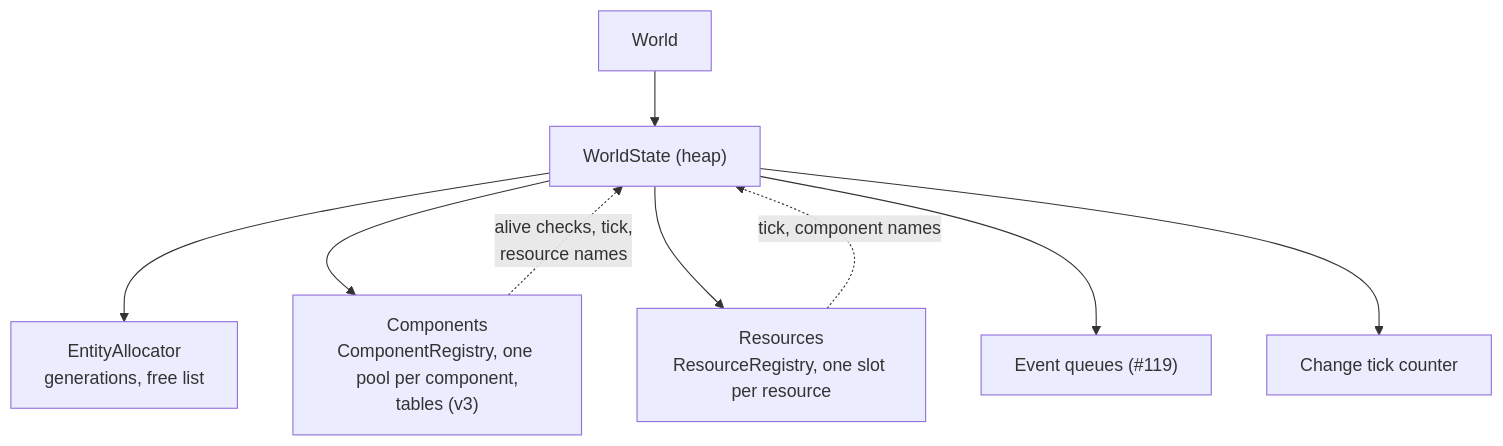
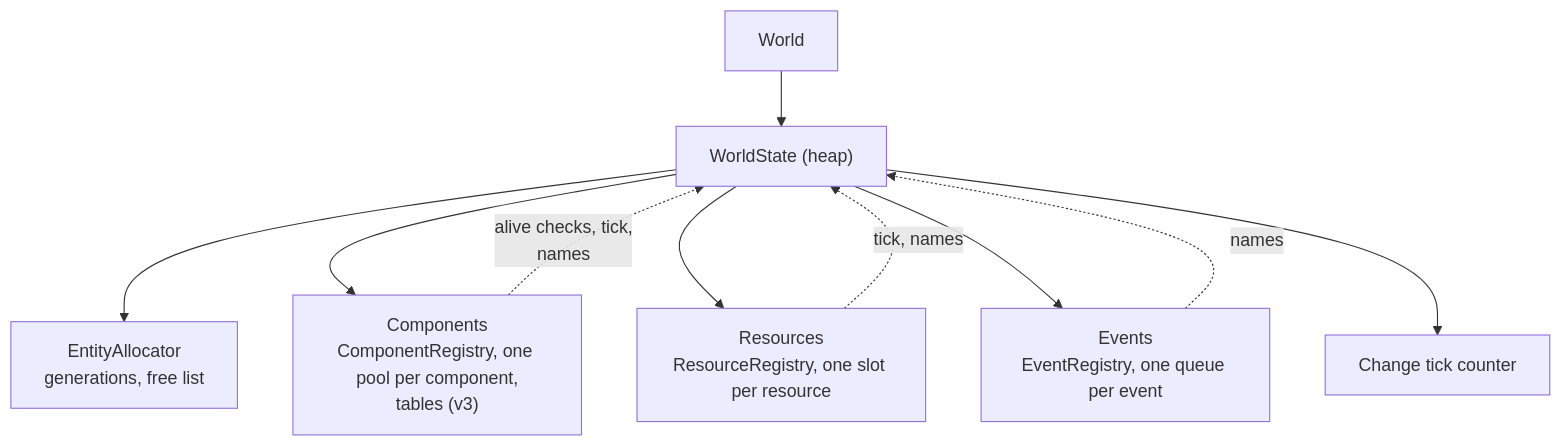
The diagram in docs/ecs/features/06-world.md (Charles-Mahoudeau/rtype), drawn with Mermaid before and after one commit. The commit also changed other lines of this file and 3 other files, not shown here.

````diff
--- a/docs/ecs/features/06-world.md
+++ b/docs/ecs/features/06-world.md
@@ -47,11 +47,12 @@
 ```mermaid
 flowchart TB
     world["World"] --> state["WorldState (heap)"]
     state --> alloc["EntityAllocator<br/>generations, free list"]
     state --> components["Components<br/>ComponentRegistry, one pool per component,<br/>tables (v3)"]
     state --> resources["Resources<br/>ResourceRegistry, one slot per resource"]
-    state --> events["Event queues (#119)"]
+    state --> events["Events<br/>EventRegistry, one queue per event"]
     state --> tick["Change tick counter"]
-    components -. "alive checks, tick,<br/>resource names" .-> state
-    resources -. "tick, component names" .-> state
+    components -. "alive checks, tick,<br/>names" .-> state
+    resources -. "tick, names" .-> state
+    events -. "names" .-> state
 ```
````
